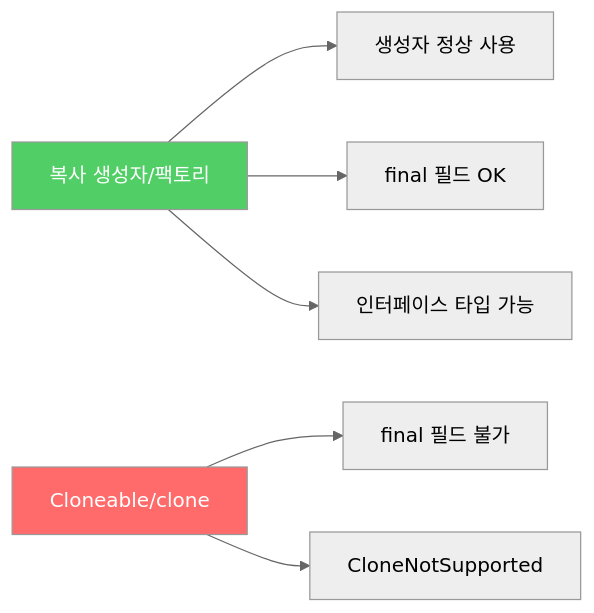
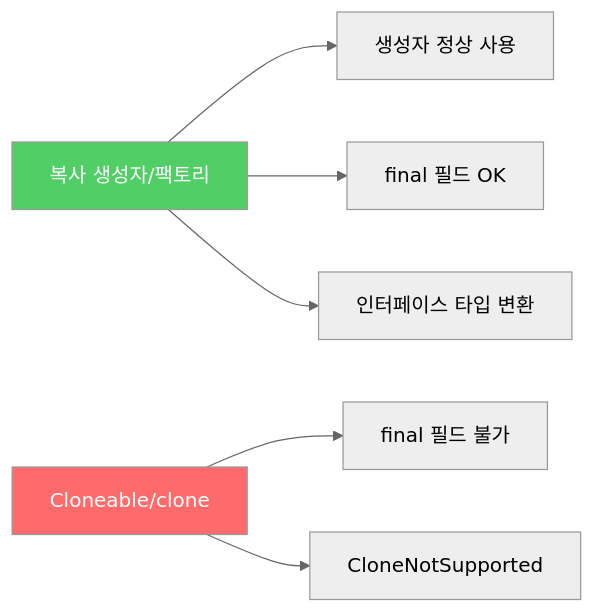
One commit to yjkim2015/yjkim2015.github.io changed the third of 4 diagrams in _posts/java/2021-12-27-effective-java13.md. Above: the diagram before and after it, drawn with Mermaid (neutral theme). The commit also changed other lines of this file and 245 other files, not shown here.

First line of the commit message:
Mermaid 다이어그램 전면 수정 + 면접 포인트 접기/펼치기 + DB 데드락 페이지

````diff
--- a/_posts/java/2021-12-27-effective-java13.md
+++ b/_posts/java/2021-12-27-effective-java13.md
@@ -188,12 +187,10 @@
 ```mermaid
 graph LR
-    B["복사 생성자/팩토리"]
-    C["Cloneable/clone"]
-    B --> B1["생성자 정상 사용"]
+    B["복사 생성자/팩토리"] --> B1["생성자 정상 사용"]
     B --> B2["final 필드 OK"]
-    B --> B3["인터페이스 타입 가능"]
-    C --> C1["final 필드 불가"]
+    B --> B3["인터페이스 타입 변환"]
+    C["Cloneable/clone"] --> C1["final 필드 불가"]
     C --> C2["CloneNotSupported"]
     style B fill:#51cf66,color:#fff
     style C fill:#ff6b6b,color:#fff
 ```
````
